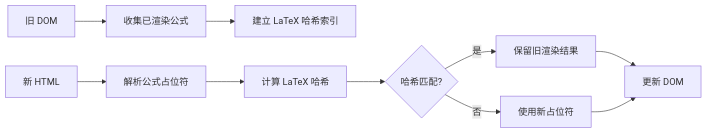
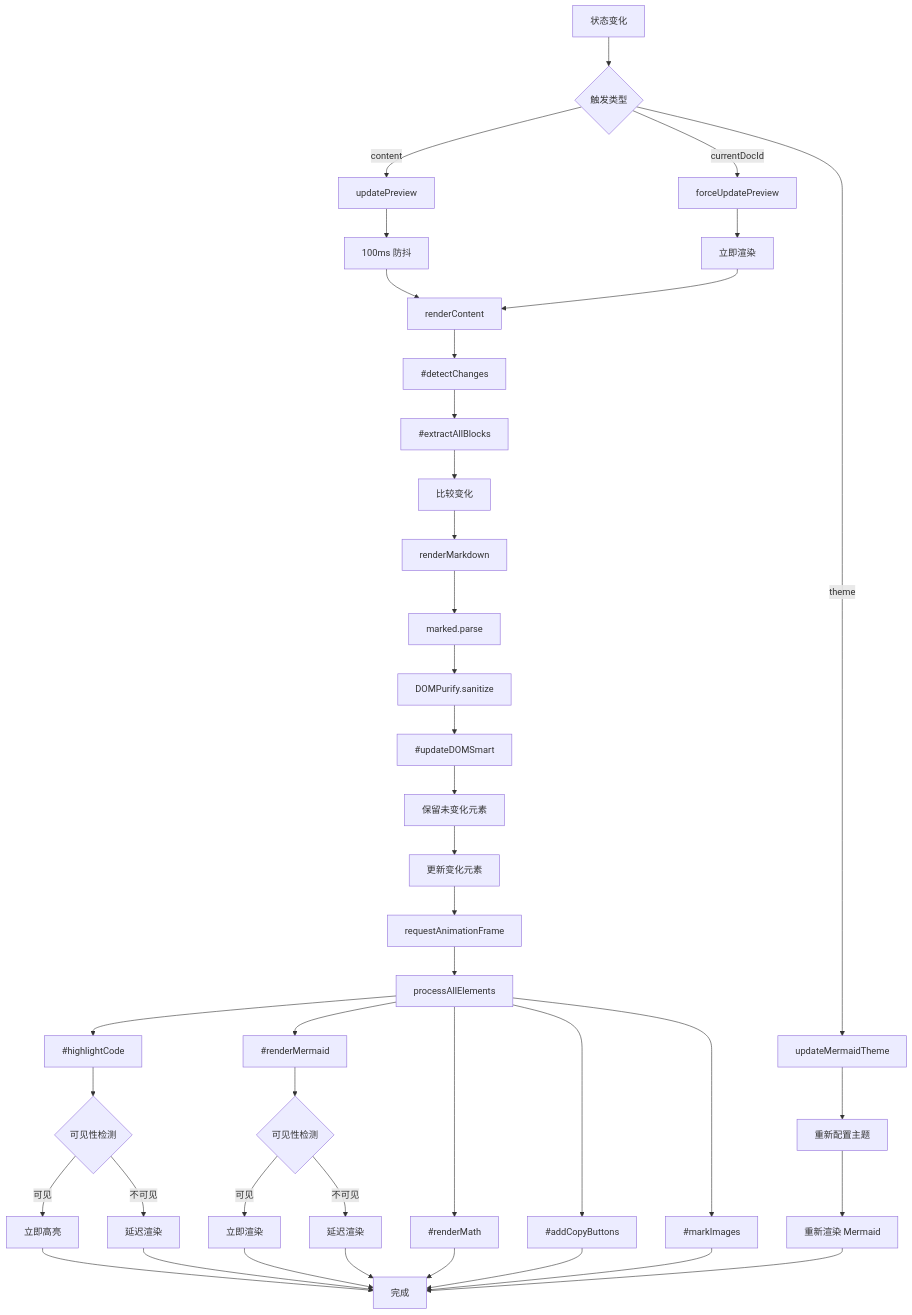
Before and after one commit to ZCShou/markdown: the ninth of 9 diagrams in docs/preview.md, drawn with Mermaid. The commit also changed other lines of this file and 1 other file, not shown here.

Commit message:
docs: refine architecture and preview documentation with persistence and rendering details

````diff
--- a/docs/preview.md
+++ b/docs/preview.md
@@ -2208,12 +1370,54 @@
 ```mermaid
-graph LR
-    A[旧 DOM] --> B[收集已渲染公式]
-    B --> C[建立 LaTeX 哈希索引]
-    D[新 HTML] --> E[解析公式占位符]
-    E --> F[计算 LaTeX 哈希]
-    F --> G{哈希匹配?}
-    G -->|是| H[保留旧渲染结果]
-    G -->|否| I[使用新占位符]
-    H --> J[更新 DOM]
-    I --> J
+graph TD
+    A[状态变化] --> B{触发类型}
+    
+    B -->|content| C[updatePreview]
+    B -->|currentDocId| D[forceUpdatePreview]
+    B -->|theme| E[updateMermaidTheme]
+    
+    C --> F[100ms 防抖]
+    D --> G[立即渲染]
+    F --> H[renderContent]
+    G --> H
+    
+    H --> I[#detectChanges]
+    I --> J[#extractAllBlocks]
+    J --> K[比较变化]
+    
+    K --> L[renderMarkdown]
+    L --> M[marked.parse]
+    M --> N[DOMPurify.sanitize]
+    
+    N --> O[#updateDOMSmart]
+    O --> P[保留未变化元素]
+    P --> Q[更新变化元素]
+    
+    Q --> R[requestAnimationFrame]
+    R --> S[processAllElements]
+    
+    S --> T[#highlightCode]
+    S --> U[#renderMermaid]
+    S --> V[#renderMath]
+    S --> W[#addCopyButtons]
+    S --> X[#markImages]
+    
+    T --> Y{可见性检测}
+    Y -->|可见| Z[立即高亮]
+    Y -->|不可见| AA[延迟渲染]
+    
+    U --> AB{可见性检测}
+    AB -->|可见| AC[立即渲染]
+    AB -->|不可见| AD[延迟渲染]
+    
+    Z --> AE[完成]
+    AA --> AE
+    AC --> AE
+    AD --> AE
+    V --> AE
+    W --> AE
+    X --> AE
+    
+    E --> AF[重新配置主题]
+    AF --> AG[重新渲染 Mermaid]
+    AG --> AE
 ```
````
